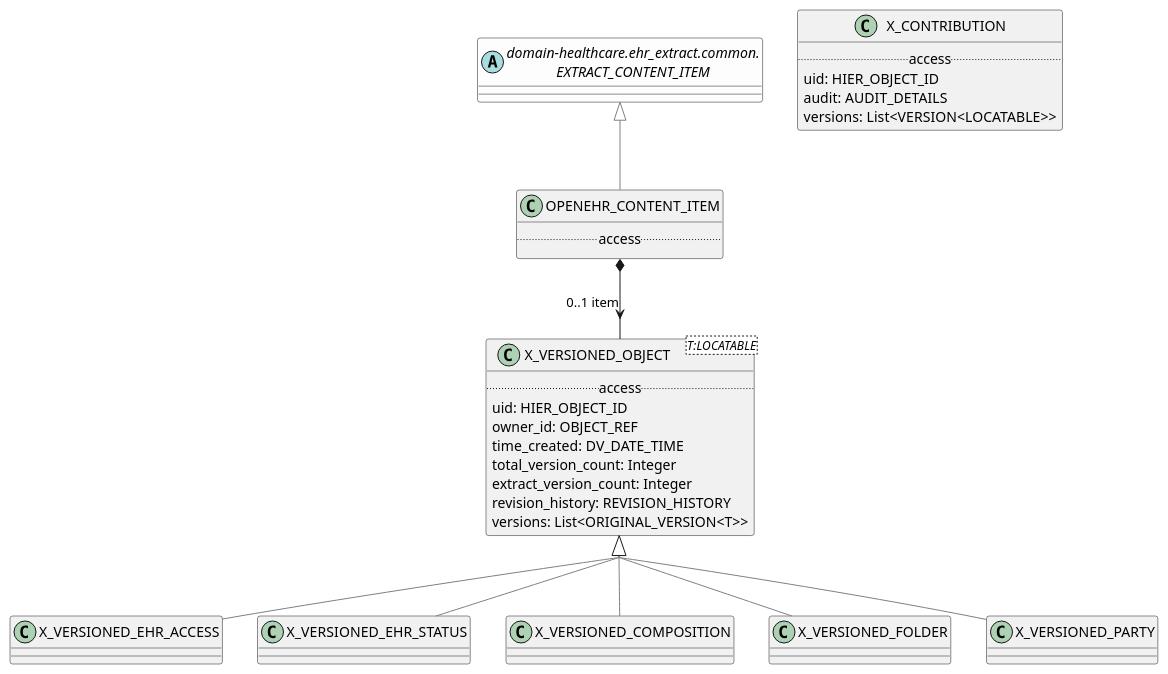
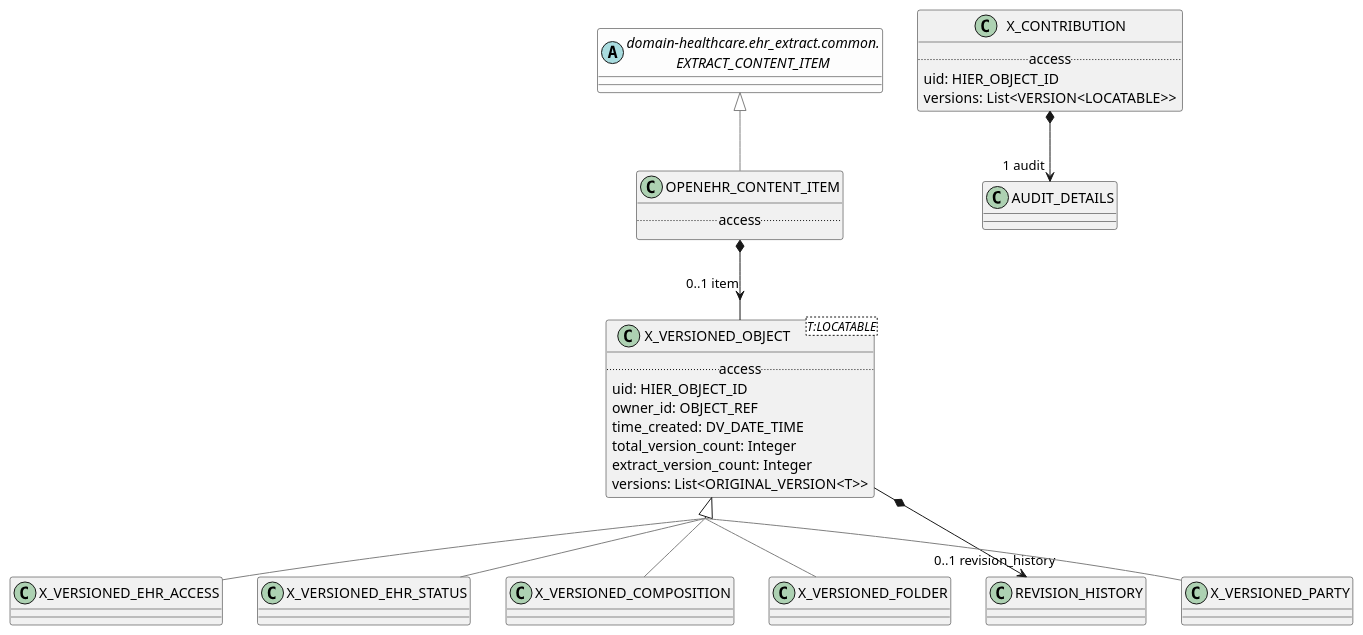
The diagram in modules/ROOT/examples/bmm/domain-healthcare/ehr_extract/openehr_extract/openehr_extract-package-uml.adoc (wolandscat/openehr-doc), drawn with PlantUML before and after one commit. The commit also changed 30 other files, not shown here.

```diff
--- a/modules/ROOT/examples/bmm/domain-healthcare/ehr_extract/openehr_extract/openehr_extract-package-uml.adoc
+++ b/modules/ROOT/examples/bmm/domain-healthcare/ehr_extract/openehr_extract/openehr_extract-package-uml.adoc
@@ -3,68 +3,70 @@
 [plantuml,opts=interactive,link=self]
 ....
 skinparam groupInheritance 2
 skinparam citedClassColor #FDFDFD
 
 
 class X_VERSIONED_EHR_ACCESS [[/openehr-doc/latest/domain-healthcare/ehr_extract-gen.html#_class_x_versioned_ehr_access]] {
 }
 
 X_VERSIONED_EHR_ACCESS -[#gray]up-|> X_VERSIONED_OBJECT  
 
 
 class X_VERSIONED_EHR_STATUS [[/openehr-doc/latest/domain-healthcare/ehr_extract-gen.html#_class_x_versioned_ehr_status]] {
 }
 
 X_VERSIONED_EHR_STATUS -[#gray]up-|> X_VERSIONED_OBJECT  
 
 
 class X_VERSIONED_COMPOSITION [[/openehr-doc/latest/domain-healthcare/ehr_extract-gen.html#_class_x_versioned_composition]] {
 }
 
 X_VERSIONED_COMPOSITION -[#gray]up-|> X_VERSIONED_OBJECT  
 
 
 class X_VERSIONED_FOLDER [[/openehr-doc/latest/domain-healthcare/ehr_extract-gen.html#_class_x_versioned_folder]] {
 }
 
 X_VERSIONED_FOLDER -[#gray]up-|> X_VERSIONED_OBJECT  
 
 
 class X_VERSIONED_OBJECT<T:LOCATABLE> [[/openehr-doc/latest/domain-healthcare/ehr_extract-gen.html#_class_x_versioned_object]] {
         .. access ..
         uid: HIER_OBJECT_ID
         owner_id: OBJECT_REF
         time_created: DV_DATE_TIME
         total_version_count: Integer
         extract_version_count: Integer
-        revision_history: REVISION_HISTORY
         versions: List<ORIGINAL_VERSION<T>>
 }
 
+
+X_VERSIONED_OBJECT *--> "0..1 revision_history" REVISION_HISTORY
 
 class OPENEHR_CONTENT_ITEM [[/openehr-doc/latest/domain-healthcare/ehr_extract-gen.html#_class_openehr_content_item]] {
         .. access ..
 }
 
 OPENEHR_CONTENT_ITEM -[#gray]up-|> EXTRACT_CONTENT_ITEM  
 
 
 OPENEHR_CONTENT_ITEM *--> "0..1 item" X_VERSIONED_OBJECT
 
 class X_VERSIONED_PARTY [[/openehr-doc/latest/domain-healthcare/ehr_extract-gen.html#_class_x_versioned_party]] {
 }
 
 X_VERSIONED_PARTY -[#gray]up-|> X_VERSIONED_OBJECT  
 
 
 class X_CONTRIBUTION [[/openehr-doc/latest/domain-healthcare/ehr_extract-gen.html#_class_x_contribution]] {
         .. access ..
         uid: HIER_OBJECT_ID
-        audit: AUDIT_DETAILS
         versions: List<VERSION<LOCATABLE>>
 }
 
+
+X_CONTRIBUTION *--> "1 audit" AUDIT_DETAILS
 abstract class "domain-healthcare.ehr_extract.common.\nEXTRACT_CONTENT_ITEM" as EXTRACT_CONTENT_ITEM  [[/openehr-doc/latest/domain-healthcare/ehr_extract-gen.html#_class_extract_content_item]] #FDFDFD {
 }
 
 ....
```
